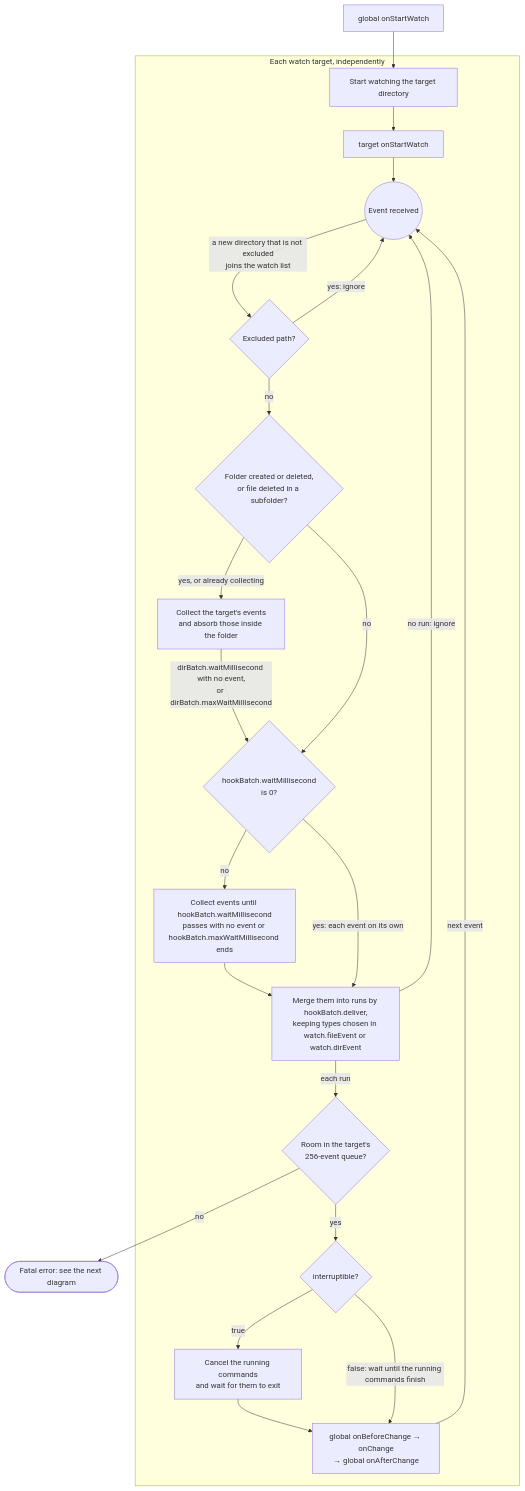
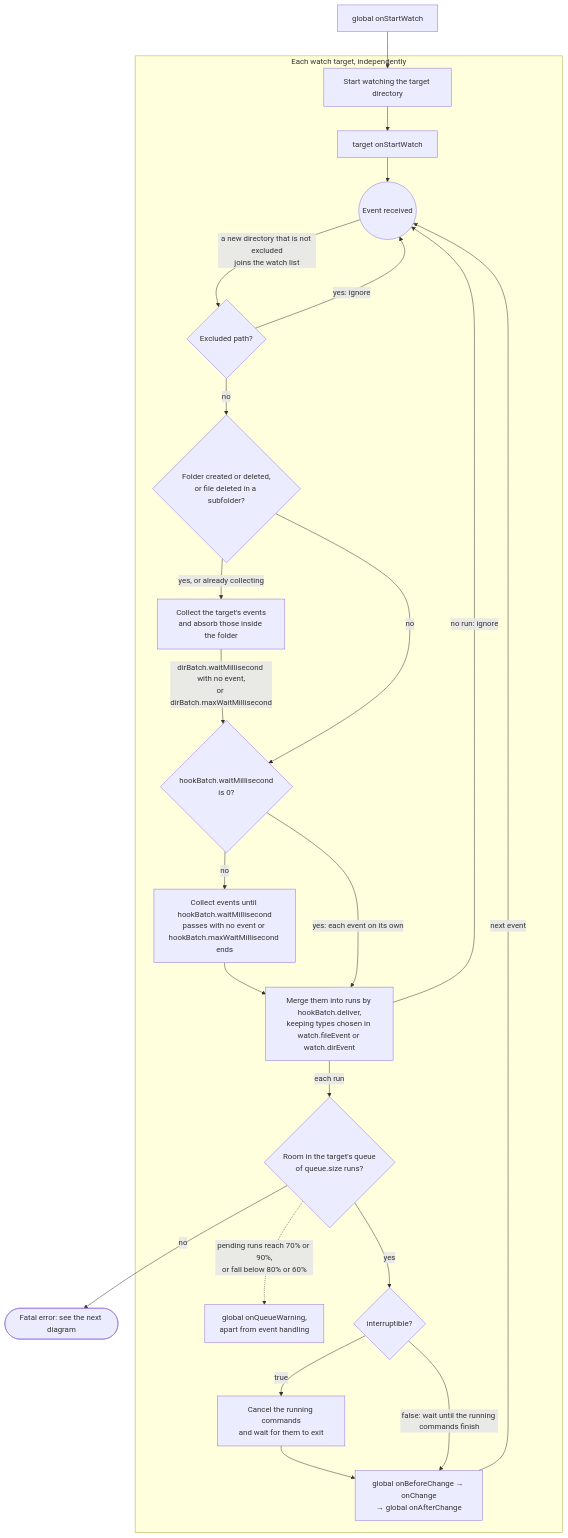
One commit to seungyeop-lee/directory-watcher changed the first of 2 diagrams in README.md. Above: the diagram before and after it, drawn with Mermaid. The commit also changed other lines of this file and 41 other files, not shown here.

````diff
--- a/README.md
+++ b/README.md
@@ -150,41 +151,43 @@
 ```mermaid
 flowchart TD
     globalStart["global onStartWatch"]
     subgraph eachTarget["Each watch target, independently"]
         watchDirs["Start watching the target directory"]
         targetStart["target onStartWatch"]
         receiveEvent(("Event received"))
         excludeCheck{"Excluded path?"}
         collectChoice{"Folder created or deleted,<br>or file deleted in a subfolder?"}
         collectFolder["Collect the target's events<br>and absorb those inside the folder"]
         waitChoice{"hookBatch.waitMillisecond<br>is 0?"}
         collectHook["Collect events until hookBatch.waitMillisecond<br>passes with no event or hookBatch.maxWaitMillisecond ends"]
         mergeRuns["Merge them into runs by hookBatch.deliver,<br>keeping types chosen in watch.fileEvent or watch.dirEvent"]
-        queueEvent{"Room in the target's<br>256-event queue?"}
+        queueEvent{"Room in the target's queue<br>of queue.size runs?"}
+        queueWarning["global onQueueWarning,<br>apart from event handling"]
         interruptChoice{"interruptible?"}
         cancelPrevious["Cancel the running commands<br>and wait for them to exit"]
         runChange["global onBeforeChange → onChange<br>→ global onAfterChange"]
     end
     fatalStop(["Fatal error: see the next diagram"])
 
     globalStart --> watchDirs
     watchDirs --> targetStart
     targetStart --> receiveEvent
     receiveEvent -->|"a new directory that is not excluded<br>joins the watch list"| excludeCheck
     excludeCheck -->|"yes: ignore"| receiveEvent
     excludeCheck -->|"no"| collectChoice
     collectChoice -->|"yes, or already collecting"| collectFolder
     collectChoice -->|"no"| waitChoice
     collectFolder -->|"dirBatch.waitMillisecond with no event,<br>or dirBatch.maxWaitMillisecond"| waitChoice
     waitChoice -->|"no"| collectHook
     waitChoice -->|"yes: each event on its own"| mergeRuns
     collectHook --> mergeRuns
     mergeRuns -->|"no run: ignore"| receiveEvent
     mergeRuns -->|"each run"| queueEvent
     queueEvent -->|"no"| fatalStop
+    queueEvent -.->|"pending runs reach 70% or 90%,<br>or fall below 80% or 60%"| queueWarning
     queueEvent -->|"yes"| interruptChoice
     interruptChoice -->|"true"| cancelPrevious
     interruptChoice -->|"false: wait until the running commands finish"| runChange
     cancelPrevious --> runChange
     runChange -->|"next event"| receiveEvent
 ```
````
